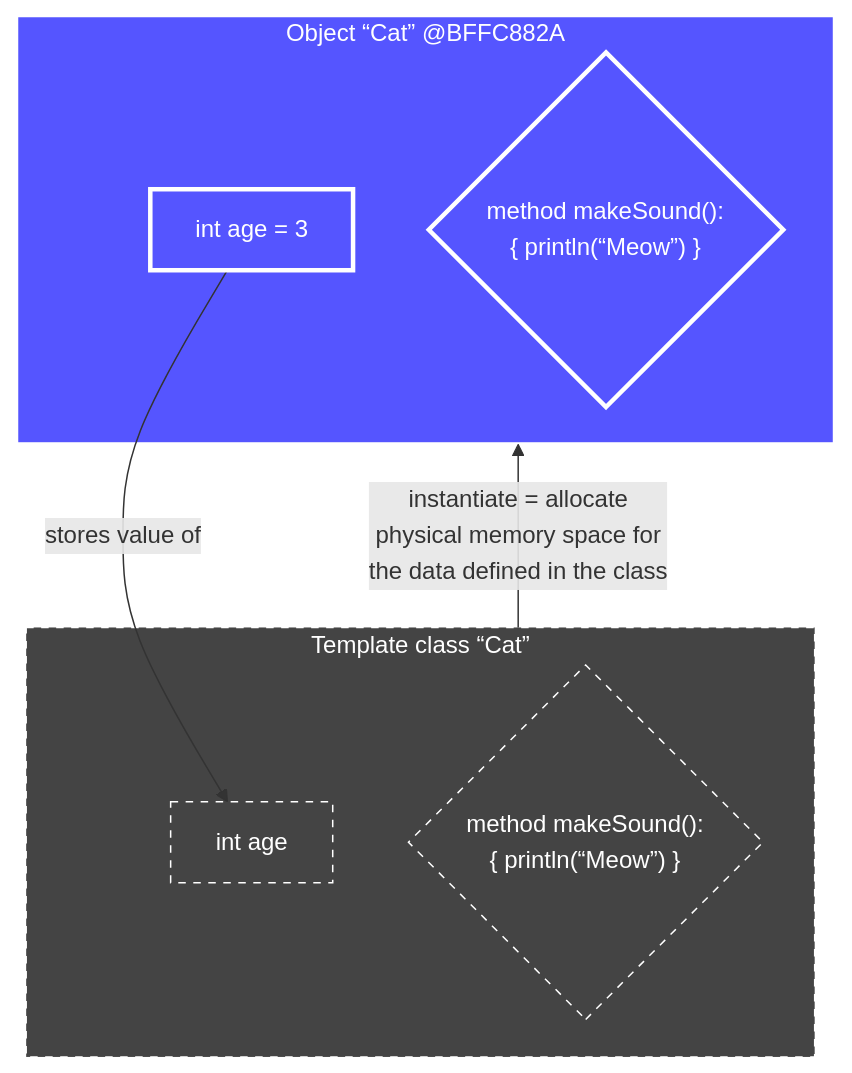
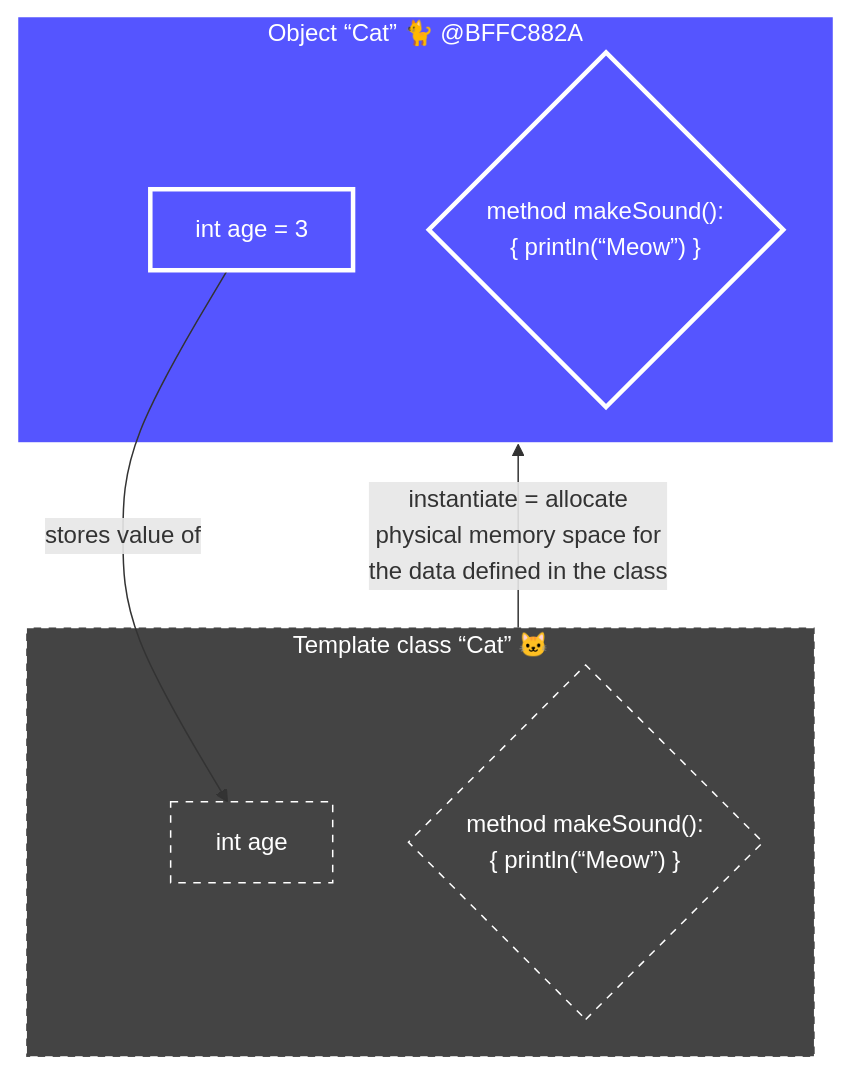
Before and after one commit to realityexpander/How_to_program_from_ground_up: the first of 7 diagrams in 09-ClassOrientedProgramming.md, drawn with Mermaid. The commit also changed other lines of this file and 1 other file, not shown here.

````diff
--- a/09-ClassOrientedProgramming.md
+++ b/09-ClassOrientedProgramming.md
@@ -61,30 +61,30 @@
       ```mermaid
          flowchart TB
          
-         subgraph catObject["Object “Cat” @BFFC882A"]
+         subgraph catObject["Object “Cat” 🐈 @BFFC882A"]
               catObjectAgeInt["`int age = 3`"] 
               catObjectMakeSoundMethodFunctionPointer{"`method makeSound(): 
                                                    { println(“Meow”) }`"}
          end
-         subgraph catClass["Template class “Cat”"]
+         subgraph catClass["Template class “Cat” 🐱"]
             catClassAgeInt["int age"]
             catClassMakeSoundMethodFunctionPointer{"method makeSound():
                                                  { println(“Meow”) }"}
          end
          catClass -- "
             instantiate = allocate 
             physical memory space for 
             the data defined in the class
          " --> catObject:::Object
          
          catObjectAgeInt -- stores value of --> catClassAgeInt
          
          style catClass fill:#444, stroke:#FFF, stroke-width:1px, color:#FFF, stroke-dasharray: 5 5
          style catClassAgeInt fill:#444, stroke:#FFF, stroke-width:1px, color:#FFF, stroke-dasharray: 5 5
          style catClassMakeSoundMethodFunctionPointer fill:#444, stroke:#FFF, stroke-width:1px, color:#FFF, stroke-dasharray: 5 5 
          
          classDef Object fill:#55F, stroke:#FFF, stroke-width:3px, color:#fff
          style catObjectAgeInt fill:#55F, stroke:#FFF, stroke-width:3px, color:#fff
          style catObjectMakeSoundMethodFunctionPointer fill:#55F, stroke:#FFF, stroke-width:3px, color:#fff 
        
       ```
````
